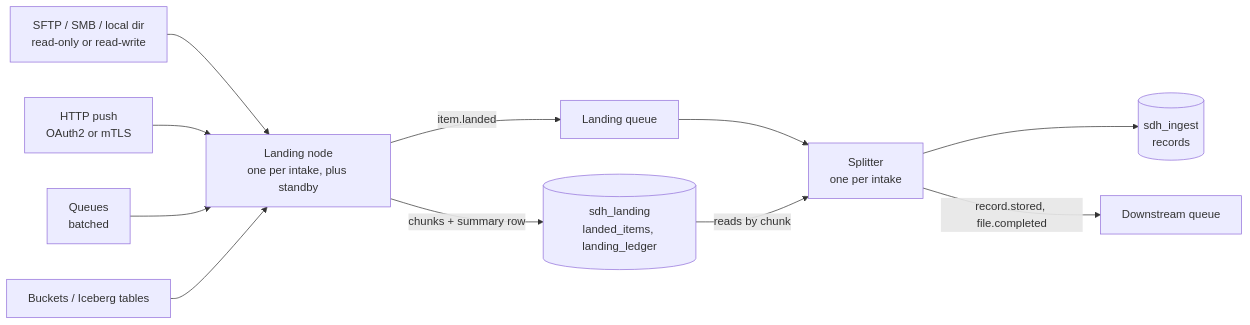
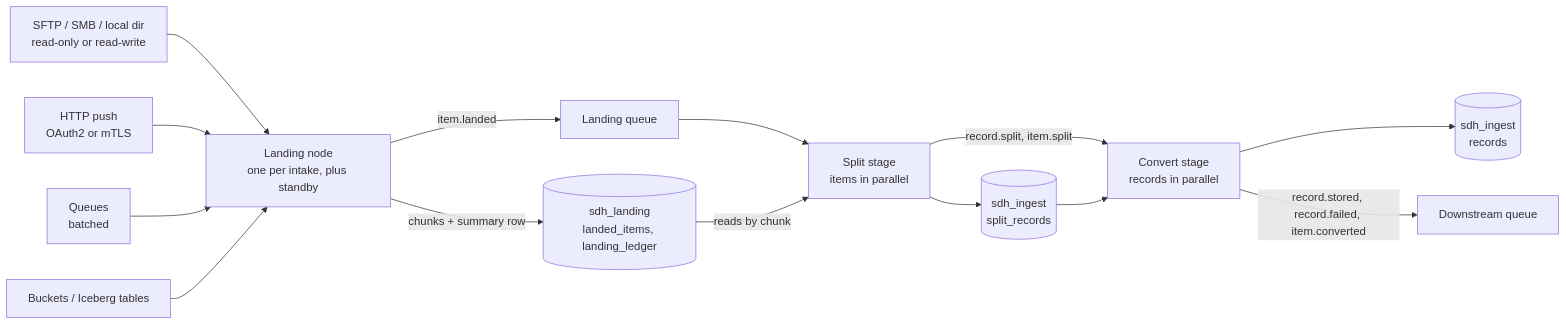
Before and after one commit to BandedHawk/healthcare-source-connectors: the second of 3 diagrams in docs/DESIGN.md, drawn with Mermaid. The commit also changed other lines of this file and 101 other files, not shown here.

````diff
--- a/docs/DESIGN.md
+++ b/docs/DESIGN.md
@@ -408,13 +412,16 @@
 ```mermaid
 flowchart LR
   P1[SFTP / SMB / local dir<br/>read-only or read-write] --> L
   P2[HTTP push<br/>OAuth2 or mTLS] --> L
   P3[Queues<br/>batched] --> L
   P4[Buckets / Iceberg tables] --> L
   L[Landing node<br/>one per intake, plus standby] -->|chunks + summary row| T[(sdh_landing<br/>landed_items, landing_ledger)]
   L -->|item.landed| Q[Landing queue]
-  Q --> S[Splitter<br/>one per intake]
+  Q --> S[Split stage<br/>items in parallel]
   T -->|reads by chunk| S
-  S --> U[(sdh_ingest<br/>records)]
-  S -->|record.stored, file.completed| D[Downstream queue]
+  S --> V[(sdh_ingest<br/>split_records)]
+  S -->|record.split, item.split| C[Convert stage<br/>records in parallel]
+  V --> C
+  C --> U[(sdh_ingest<br/>records)]
+  C -->|record.stored, record.failed, item.converted| D[Downstream queue]
 ```
````
